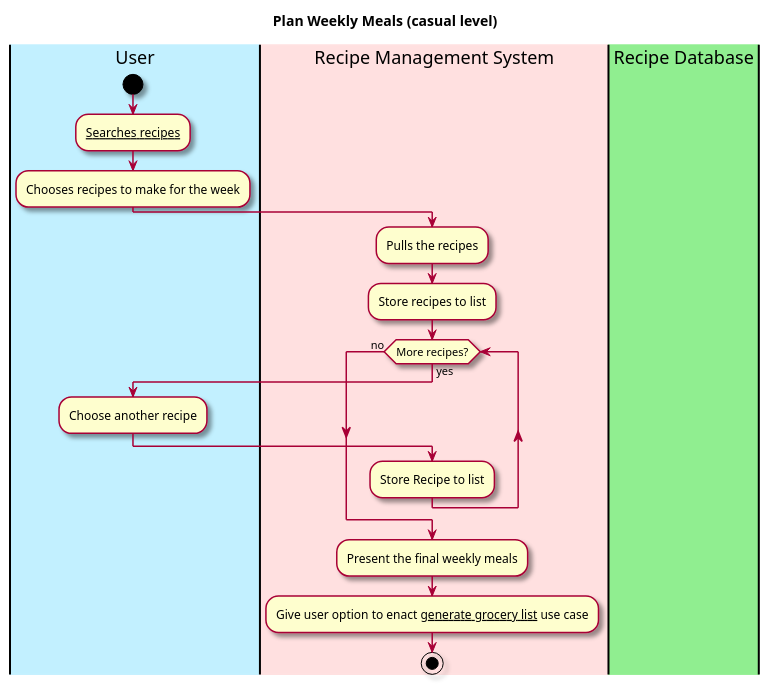
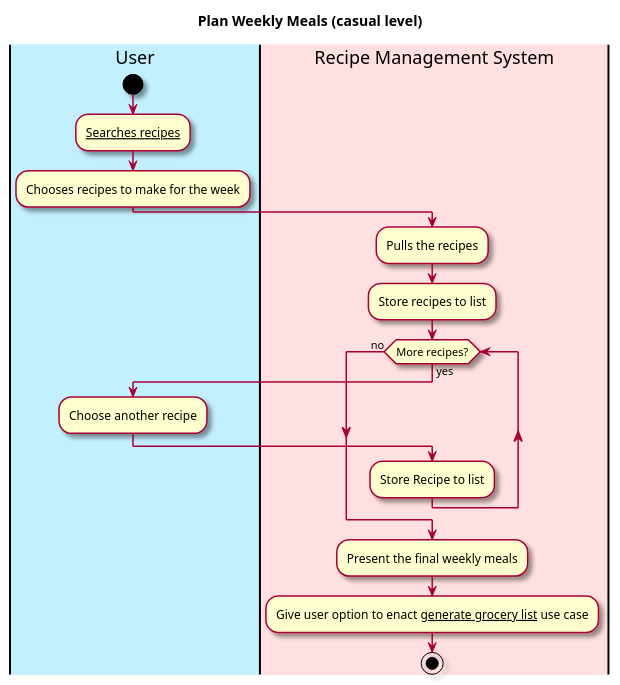
The diagram in intellij/doc/use-cases/plan_weekly_meals.md (berthashipper/Pantry-Pal-Android-Application), drawn with PlantUML before and after one commit. The commit also changed other lines of this file and 1 other file, not shown here.

Commit message:
Wrote save_recipe use case

````diff
--- a/intellij/doc/use-cases/plan_weekly_meals.md
+++ b/intellij/doc/use-cases/plan_weekly_meals.md
@@ -30,35 +29,34 @@
 ```plantuml
 @startuml
 
 skin rose
 
 title Plan Weekly Meals (casual level)
 
 'define the lanes
 |#application|User|
 |#implementation|Recipe Management System|
-|#lightgreen|Recipe Database|
 
 |User|
 start
 :__Searches recipes__;
 :Chooses recipes to make for the week;
 
 |Recipe Management System|
 :Pulls the recipes;
 :Store recipes to list;
 while (More recipes?) is (yes)
    |User|
   :Choose another recipe;
   |Recipe Management System|
 :Store Recipe to list;
 endwhile (no)
 
 |Recipe Management System|
 :Present the final weekly meals;
 :Give user option to enact __generate grocery list__ use case;
 
 stop
 @enduml
 
 ```
````
